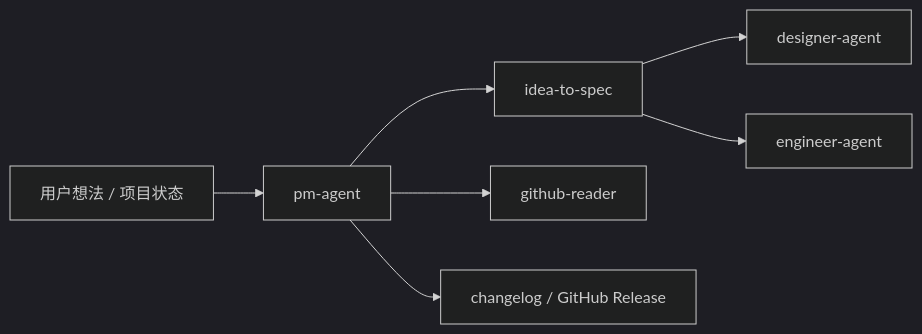
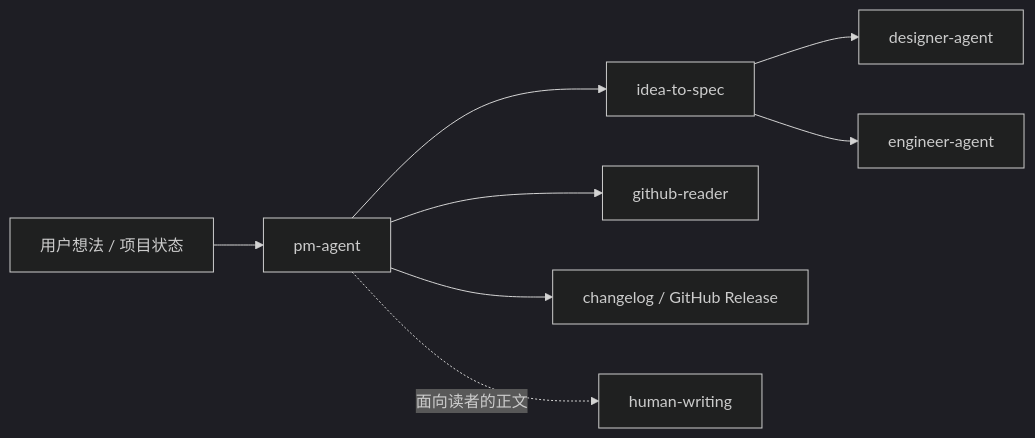
The diagram in agents/product_manager/README_zh.md (Neplich/dev-agent-skills), drawn with Mermaid (dark theme) before and after one commit. The commit also changed other lines of this file and 57 other files, not shown here.

First line of the commit message:
feat(skills): 新增 human-writing 并接入文档生成流程 (#310)

````diff
--- a/agents/product_manager/README_zh.md
+++ b/agents/product_manager/README_zh.md
@@ -57,9 +59,10 @@
 ```mermaid
 flowchart LR
     Idea["用户想法 / 项目状态"] --> PM["pm-agent"]
     PM --> Spec["idea-to-spec"]
     PM --> GitHub["github-reader"]
     PM --> Release["changelog / GitHub Release"]
+    PM -. "面向读者的正文" .-> Writing["human-writing"]
     Spec --> Designer["designer-agent"]
     Spec --> Engineer["engineer-agent"]
 ```
````
